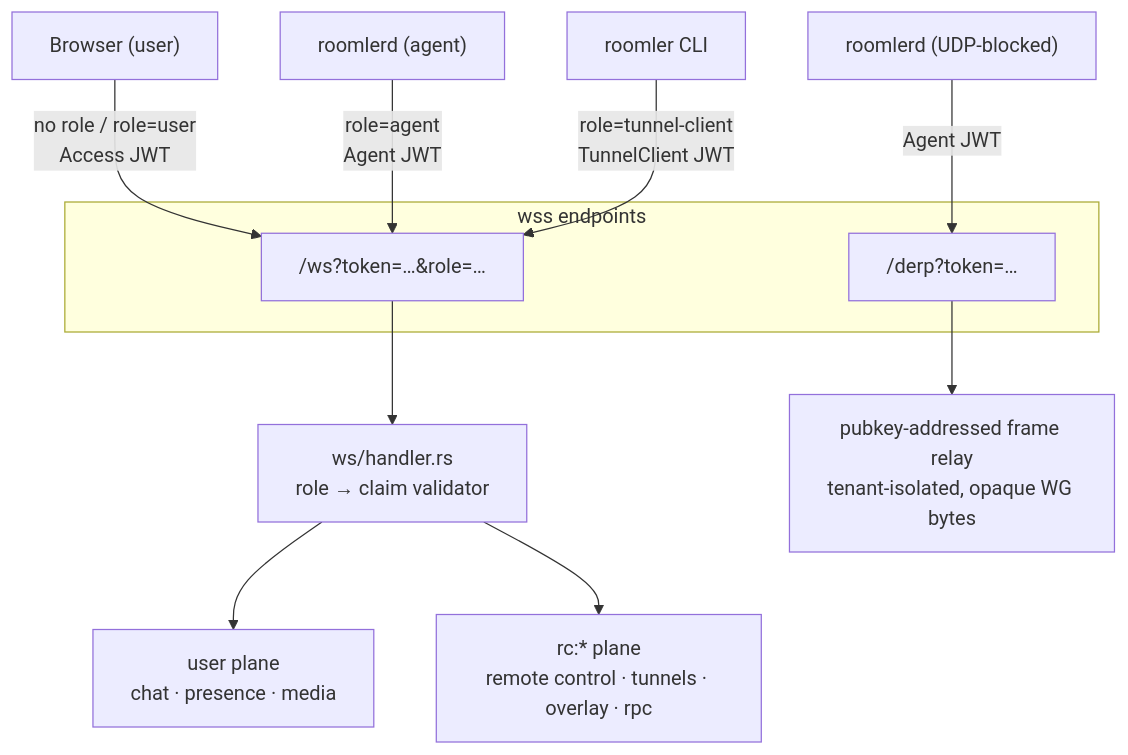
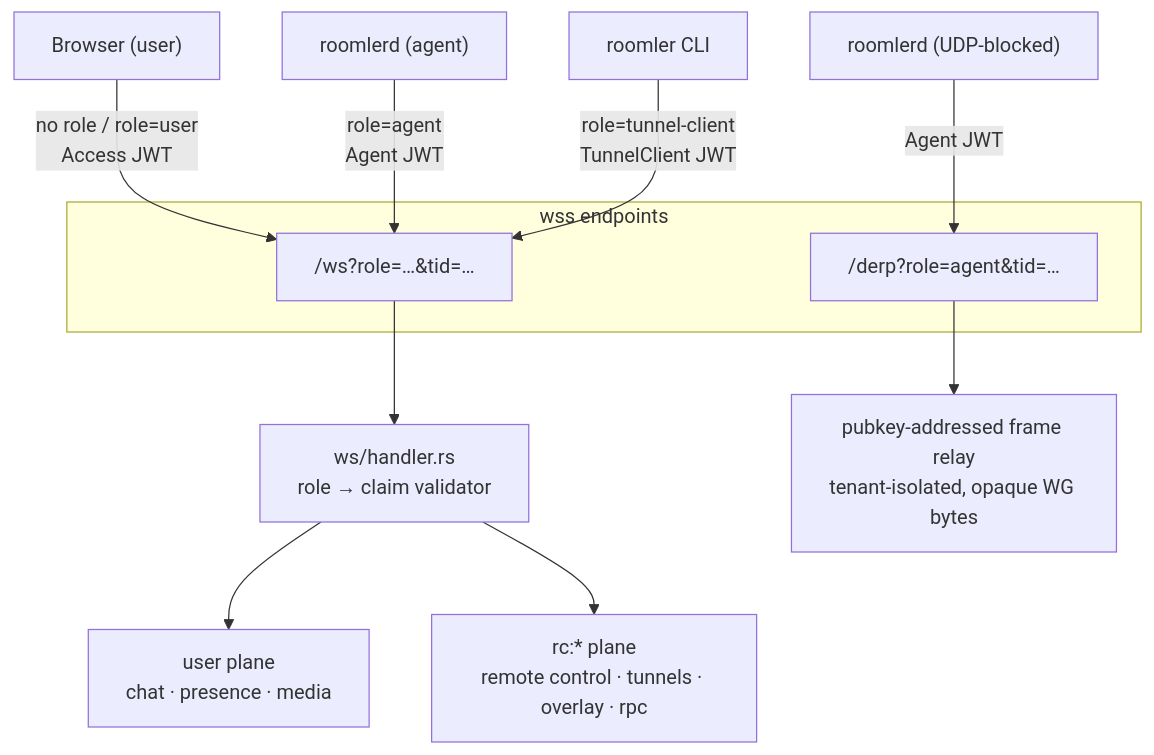
The first of 10 diagrams in docs/real-time.md (gjovanov/roomler-ai), drawn with Mermaid before and after one commit. The commit also changed other lines of this file and 9 other files, not shown here.

````diff
--- a/docs/real-time.md
+++ b/docs/real-time.md
@@ -7,17 +7,17 @@
 ```mermaid
 flowchart TB
     subgraph endpoints["wss endpoints"]
-        WS["/ws?token=…&role=…"]
-        DERP["/derp?token=…"]
+        WS["/ws?role=…&tid=…"]
+        DERP["/derp?role=agent&tid=…"]
     end
 
     U["Browser (user)"] -->|"no role / role=user<br/>Access JWT"| WS
     A["roomlerd (agent)"] -->|"role=agent<br/>Agent JWT"| WS
     T["roomler CLI"] -->|"role=tunnel-client<br/>TunnelClient JWT"| WS
     A2["roomlerd (UDP-blocked)"] -->|"Agent JWT"| DERP
 
     WS --> H["ws/handler.rs<br/>role → claim validator"]
     H --> UP["user plane<br/>chat · presence · media"]
     H --> RC["rc:* plane<br/>remote control · tunnels · overlay · rpc"]
     DERP --> DR["pubkey-addressed frame relay<br/>tenant-isolated, opaque WG bytes"]
 ```
````
